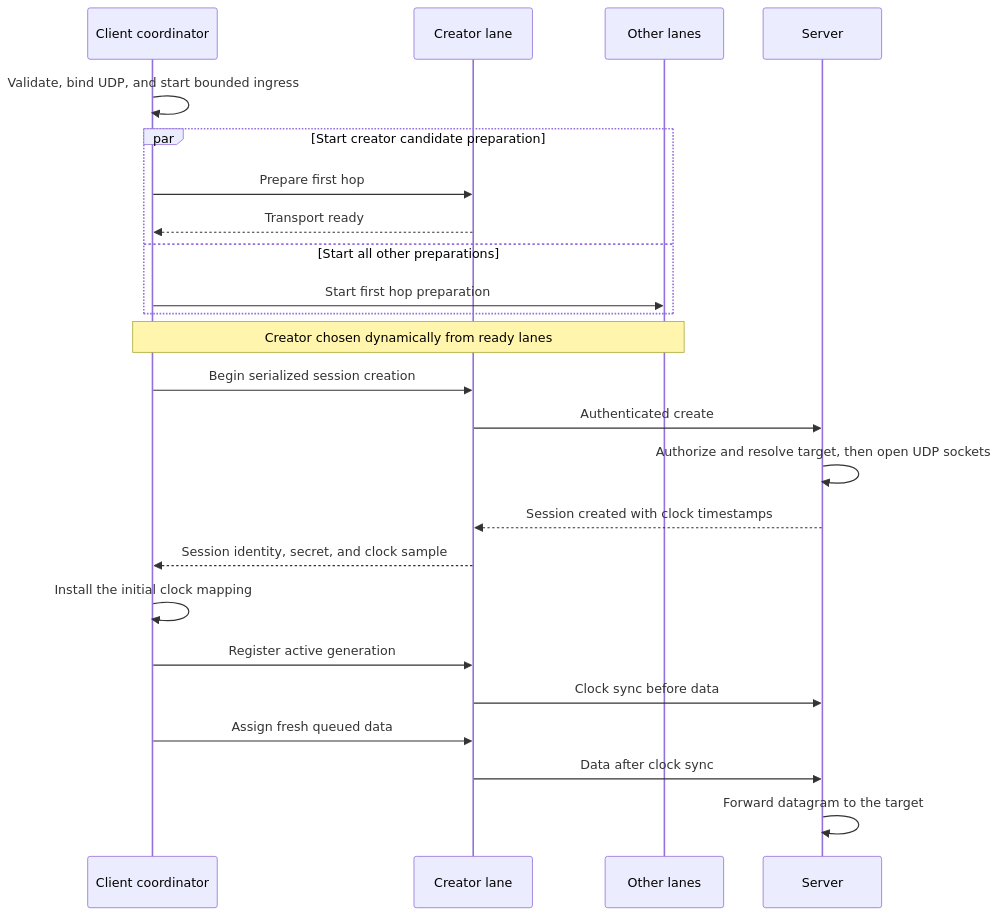
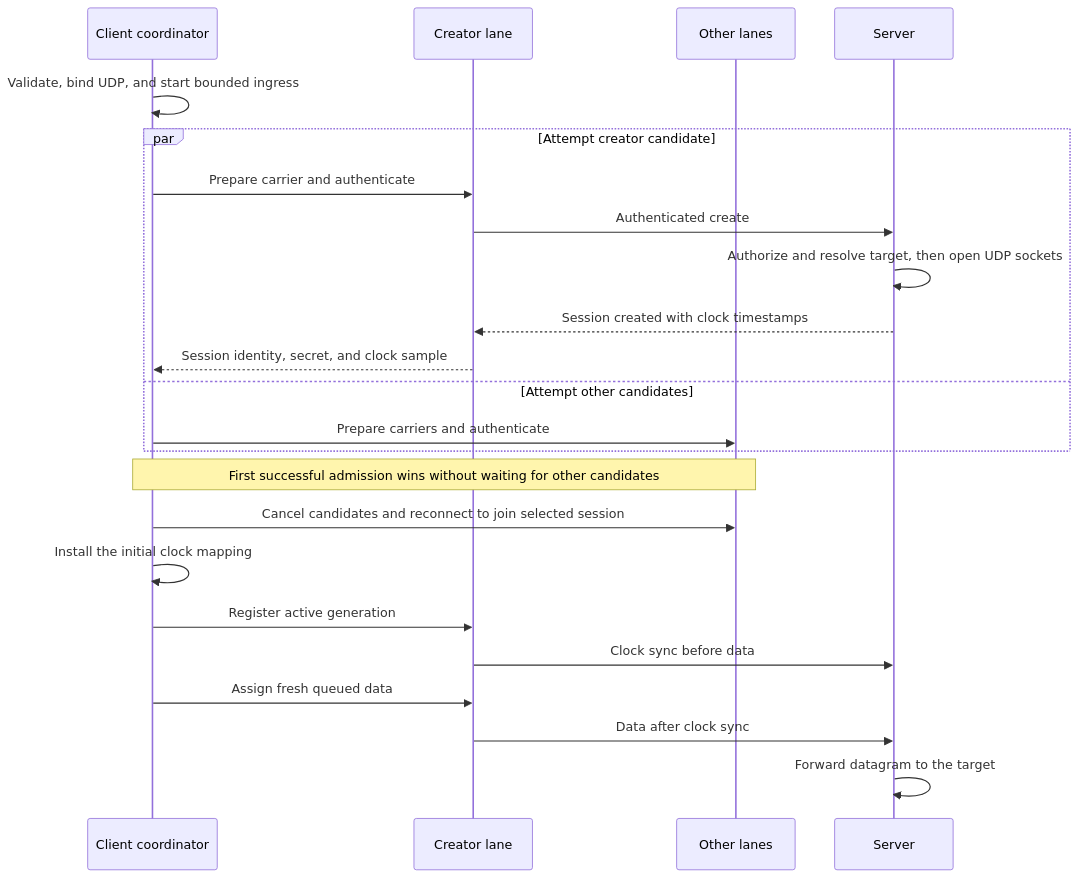
One commit to aofei/wirehop changed the third of 4 diagrams in docs/design.md. Above: the diagram before and after it, drawn with Mermaid. The commit also changed other lines of this file and 50 other files, not shown here.

````diff
--- a/docs/design.md
+++ b/docs/design.md
@@ -299,29 +301,28 @@
 ```mermaid
 sequenceDiagram
   participant C as Client coordinator
   participant A as Creator lane
   participant N as Other lanes
   participant S as Server
 
   C->>C: Validate, bind UDP, and start bounded ingress
 
-  par Start creator candidate preparation
-    C->>A: Prepare first hop
-    A-->>C: Transport ready
-  and Start all other preparations
-    C->>N: Start first hop preparation
+  par Attempt creator candidate
+    C->>A: Prepare carrier and authenticate
+    A->>S: Authenticated create
+    S->>S: Authorize and resolve target, then open UDP sockets
+    S-->>A: Session created with clock timestamps
+    A-->>C: Session identity, secret, and clock sample
+  and Attempt other candidates
+    C->>N: Prepare carriers and authenticate
   end
 
-  Note over C,N: Creator chosen dynamically from ready lanes
-  C->>A: Begin serialized session creation
-  A->>S: Authenticated create
-  S->>S: Authorize and resolve target, then open UDP sockets
-  S-->>A: Session created with clock timestamps
-  A-->>C: Session identity, secret, and clock sample
+  Note over C,N: First successful admission wins without waiting for other candidates
+  C->>N: Cancel candidates and reconnect to join selected session
   C->>C: Install the initial clock mapping
   C->>A: Register active generation
   A->>S: Clock sync before data
   C->>A: Assign fresh queued data
   A->>S: Data after clock sync
   S->>S: Forward datagram to the target
 ```
````
